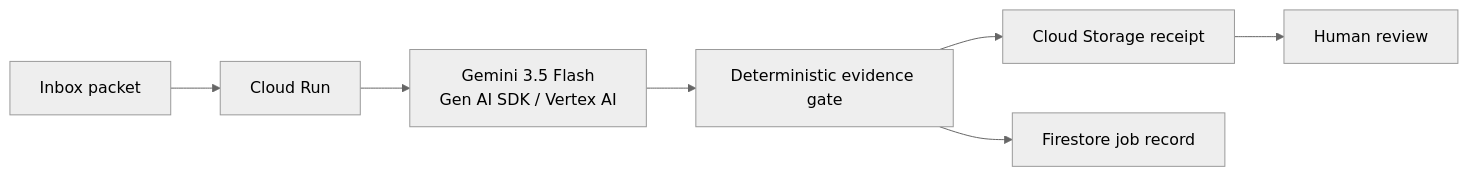
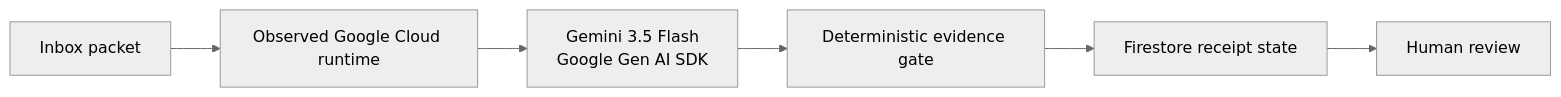
One commit to ttthkim-hue/night-clerk changed the diagram in README.md. Above: the diagram before and after it, drawn with Mermaid (neutral theme). The commit also changed other lines of this file, not shown here.

Commit message:
Tighten README cloud proof claims

````diff
--- a/README.md
+++ b/README.md
@@ -43,9 +46,8 @@
 ```mermaid
 flowchart LR
-    Inbox[Inbox packet] --> Run[Cloud Run]
-    Run --> Gemini[Gemini 3.5 Flash\nGen AI SDK / Vertex AI]
+    Inbox[Inbox packet] --> Runtime[Observed Google Cloud runtime]
+    Runtime --> Gemini[Gemini 3.5 Flash\nGoogle Gen AI SDK]
     Gemini --> Gate[Deterministic evidence gate]
-    Gate --> Receipt[Cloud Storage receipt]
-    Gate --> Firestore[Firestore job record]
-    Receipt --> Human[Human review]
+    Gate --> Firestore[Firestore receipt state]
+    Firestore --> Human[Human review]
 ```
````
